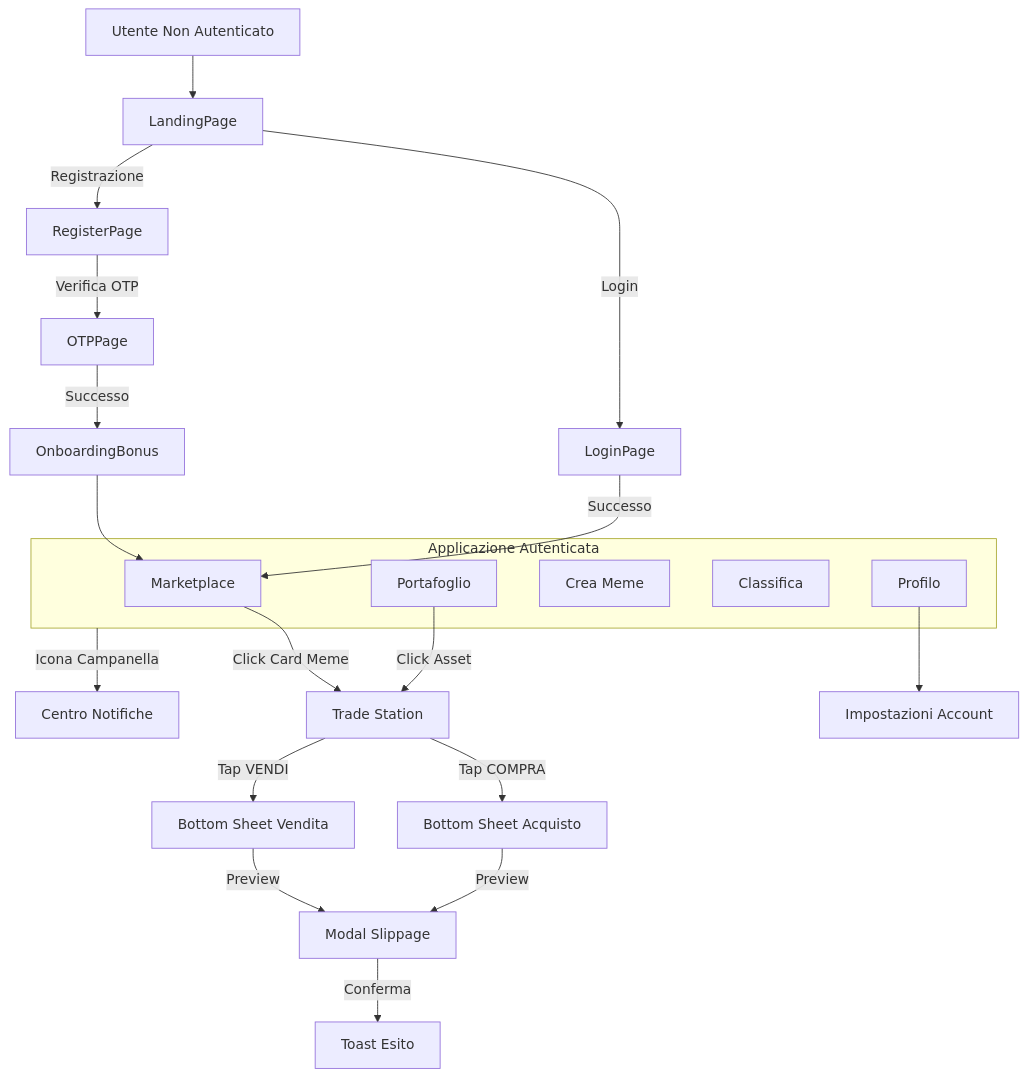
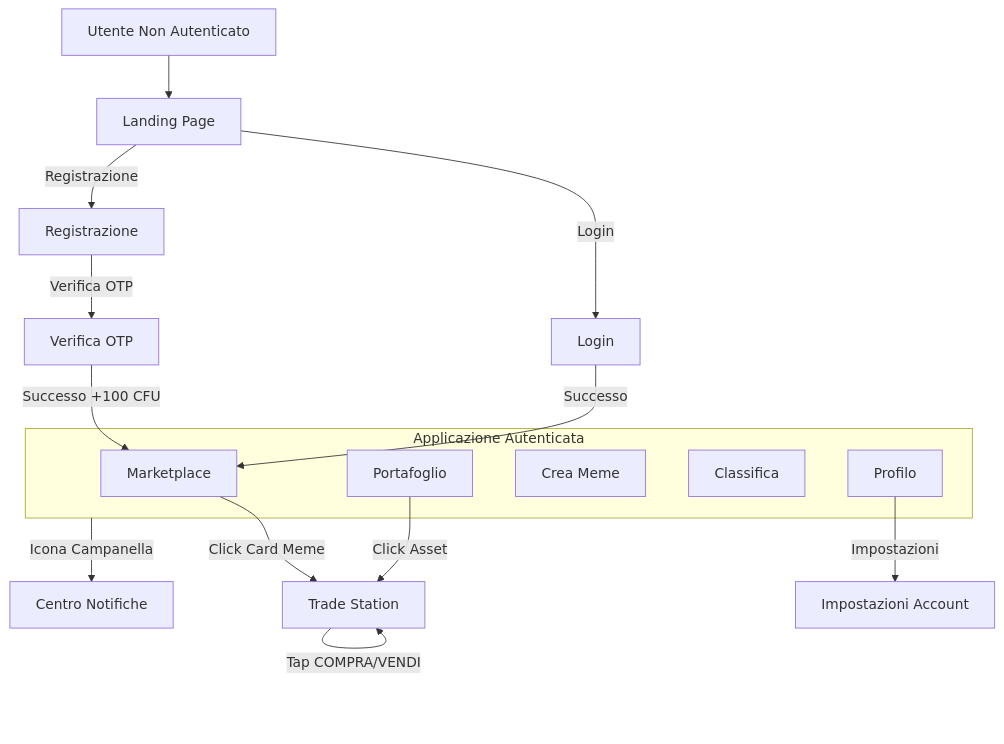
One commit to D3stan/uni-meme-stock-market changed the diagram in user_interface_design.md. Above: the diagram before and after it, drawn with Mermaid. The commit also changed other lines of this file, not shown here.

Commit message:
refine user interface flow and update navigation details in design document

````diff
--- a/user_interface_design.md
+++ b/user_interface_design.md
@@ -9,37 +9,30 @@
 ```mermaid
 graph TD
     %% Entry Points
-    Guest[Utente Non Autenticato] --> LandingPage
-    LandingPage -->|Login| LoginPage
-    LandingPage -->|Registrazione| RegisterPage
-    RegisterPage -->|Verifica OTP| OTPPage
-    OTPPage -->|Successo| OnboardingBonus
+    Guest[Utente Non Autenticato] --> LandingPage[Landing Page]
+    LandingPage -->|Login| LoginPage[Login]
+    LandingPage -->|Registrazione| RegisterPage[Registrazione]
+    RegisterPage -->|Verifica OTP| OTPPage[Verifica OTP]
+    OTPPage -->|Successo +100 CFU| MarketHome[Marketplace]
     LoginPage -->|Successo| MarketHome
-    OnboardingBonus --> MarketHome
 
     %% Main App Navigation
     subgraph AppShell [Applicazione Autenticata]
-        MarketHome[Marketplace]
+        MarketHome
         Portfolio[Portafoglio]
         CreateMeme[Crea Meme]
         Leaderboard[Classifica]
         Profile[Profilo]
     end
 
     %% Dettagli e Azioni
-    MarketHome -->|Click Card Meme| MemeDetail[Trade Station]
-    Portfolio -->|Click Asset| MemeDetail
+    MarketHome -->|Click Card Meme| TradeStation[Trade Station]
+    Portfolio -->|Click Asset| TradeStation
+    TradeStation -->|Tap COMPRA/VENDI| TradeStation
     
-    MemeDetail -->|Tap COMPRA| BuySheet[Bottom Sheet Acquisto]
-    MemeDetail -->|Tap VENDI| SellSheet[Bottom Sheet Vendita]
-    
-    BuySheet -->|Preview| SlippageModal[Modal Slippage]
-    SellSheet -->|Preview| SlippageModal
-    SlippageModal -->|Conferma| TransactionToast[Toast Esito]
-    
-    %% Profilo
-    Profile --> Settings[Impostazioni Account]
+    %% Profilo e Settings
+    Profile -->|Impostazioni| Settings[Impostazioni Account]
     
     %% Notifiche
     AppShell -->|Icona Campanella| NotificationPanel[Centro Notifiche]
 ```
````
